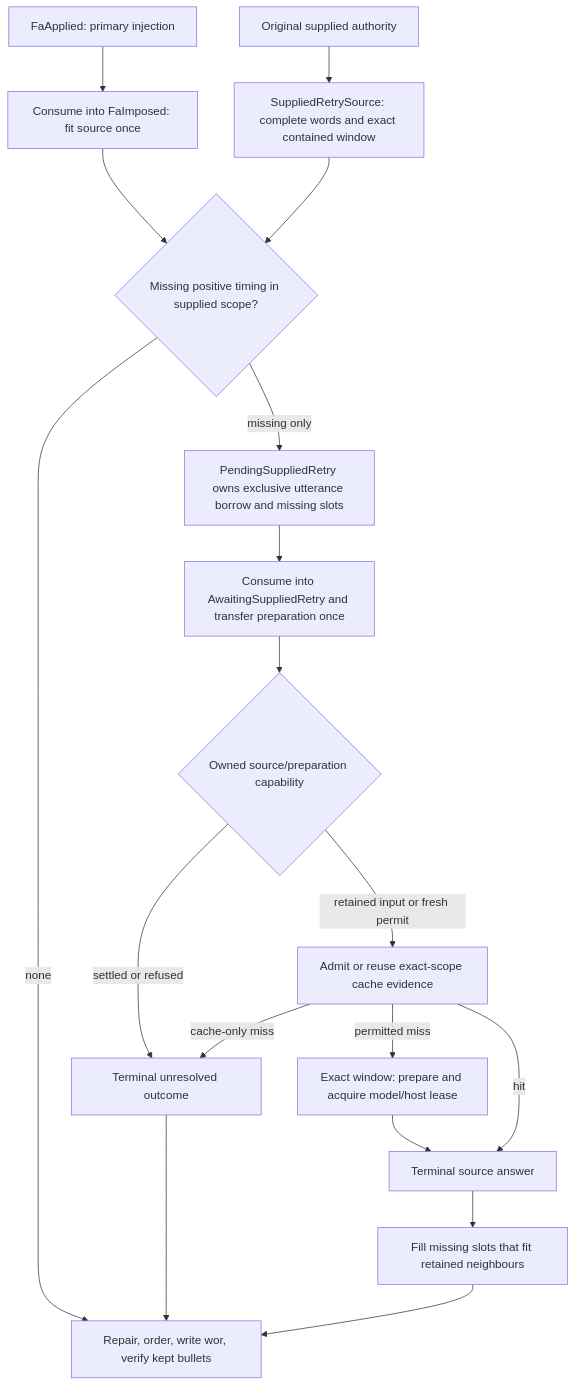
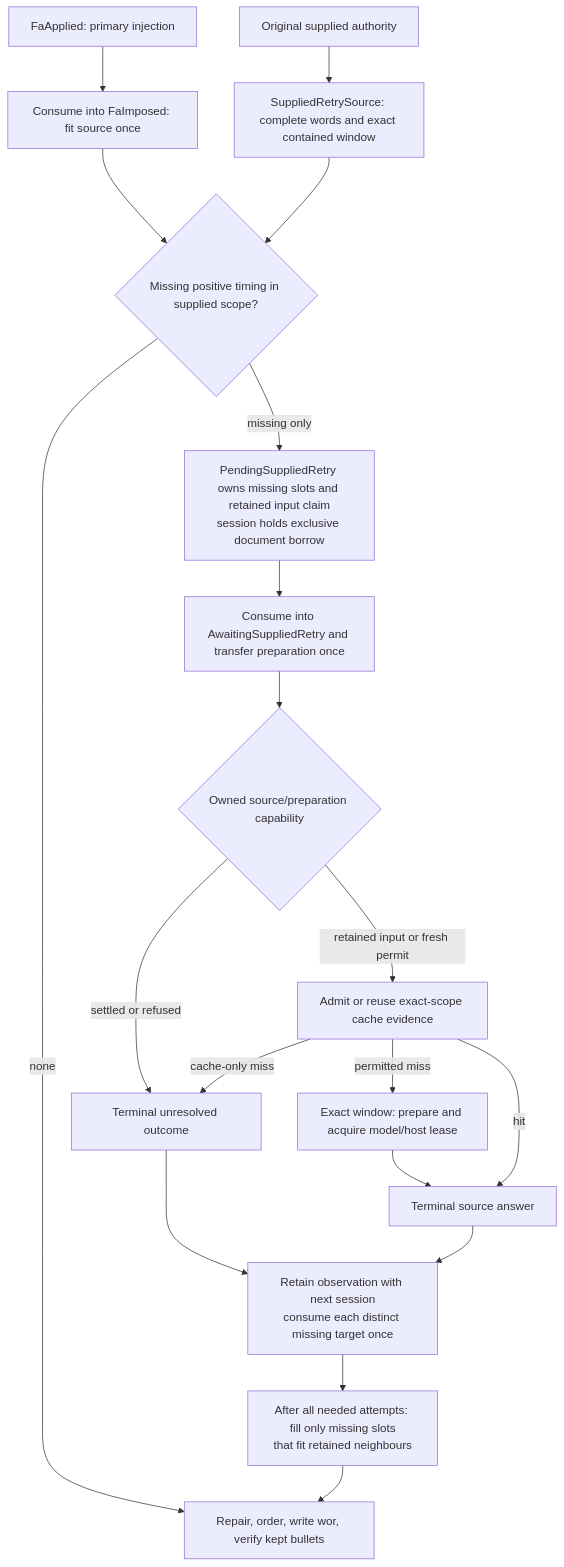
Before and after one commit to FranklinChen/talkbank-tools: the second of 14 diagrams in book/src/batchalign/developer/adaptive-fa-admission.md, drawn with Mermaid. The commit also changed other lines of this file and 175 other files, not shown here.

````diff
--- a/book/src/batchalign/developer/adaptive-fa-admission.md
+++ b/book/src/batchalign/developer/adaptive-fa-admission.md
@@ -109,20 +115,21 @@
 ```mermaid
 flowchart TD
     original["Original supplied authority"] --> source["SuppliedRetrySource: complete words and exact contained window"]
     primary["FaApplied: primary injection"] --> fit["Consume into FaImposed: fit source once"]
     fit --> slots{"Missing positive timing in supplied scope?"}
     source --> slots
     slots -->|"none"| finish["Repair, order, write wor, verify kept bullets"]
-    slots -->|"missing only"| pending["PendingSuppliedRetry owns exclusive utterance borrow and missing slots"]
+    slots -->|"missing only"| pending["PendingSuppliedRetry owns missing slots and retained input claim<br/>session holds exclusive document borrow"]
     pending --> awaiting["Consume into AwaitingSuppliedRetry and transfer preparation once"]
     awaiting --> book{"Owned source/preparation capability"}
     book -->|"settled or refused"| unresolved["Terminal unresolved outcome"]
     book -->|"retained input or fresh permit"| cache["Admit or reuse exact-scope cache evidence"]
     cache -->|"cache-only miss"| unresolved
     cache -->|"permitted miss"| admit["Exact window: prepare and acquire model/host lease"]
     cache -->|"hit"| answer["Terminal source answer"]
     admit --> answer
-    answer --> patch["Fill missing slots that fit retained neighbours"]
+    answer --> observed["Retain observation with next session<br/>consume each distinct missing target once"]
+    observed --> patch["After all needed attempts: fill only missing slots<br/>that fit retained neighbours"]
     patch --> finish
-    unresolved --> finish
+    unresolved --> observed
 ```
````
